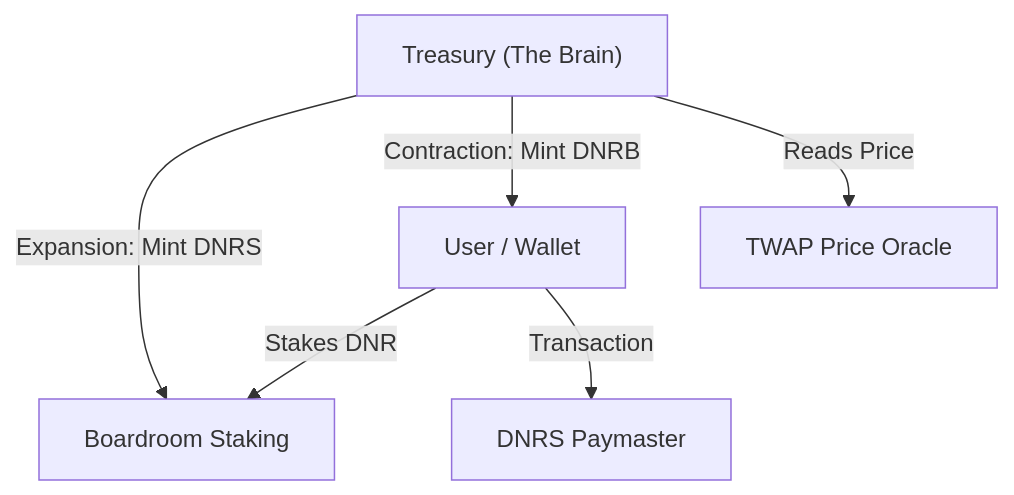
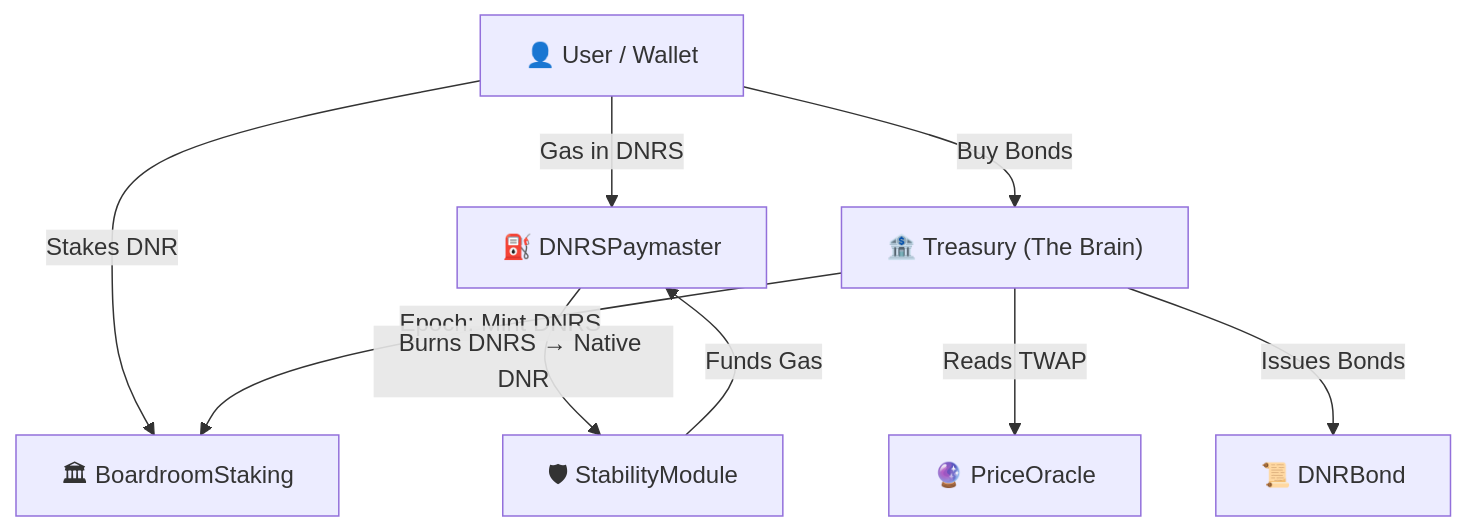
The diagram in kortana-dnrs/README.md (EmekaIwuagwu/nodesales-hub), drawn with Mermaid before and after one commit. The commit also changed other lines of this file and 14 other files, not shown here.

````diff
--- a/kortana-dnrs/README.md
+++ b/kortana-dnrs/README.md
@@ -13,9 +31,13 @@
 ```mermaid
 graph TD
-    User["User / Wallet"] -->|Stakes DNR| Boardroom["Boardroom Staking"]
-    User -->|Transaction| Paymaster["DNRS Paymaster"]
-    
-    Treasury["Treasury (The Brain)"] -->|Expansion: Mint DNRS| Boardroom
-    Treasury -->|Contraction: Mint DNRB| User
-    Treasury -->|Reads Price| Oracle["TWAP Price Oracle"]
+    User["👤 User / Wallet"] -->|Stakes DNR| Boardroom["🏛 BoardroomStaking"]
+    User -->|Gas in DNRS| Paymaster["⛽ DNRSPaymaster"]
+    User -->|Buy Bonds| Treasury["🏦 Treasury (The Brain)"]
+
+    Treasury -->|Epoch: Mint DNRS| Boardroom
+    Treasury -->|Reads TWAP| Oracle["🔮 PriceOracle"]
+    Treasury -->|Issues Bonds| Bond["📜 DNRBond"]
+
+    Paymaster -->|Burns DNRS → Native DNR| Stability["🛡 StabilityModule"]
+    Stability -->|Funds Gas| Paymaster
 ```
````
